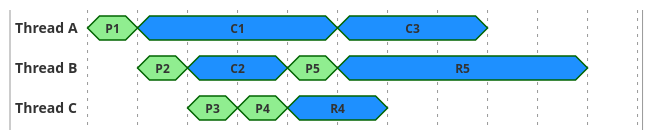
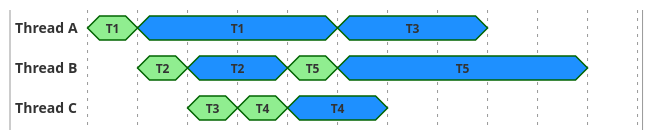
One commit to jetty/jetty.project changed the fourth of 4 diagrams in documentation/jetty/modules/programming-guide/pages/arch/threads.adoc. Above: the diagram before and after it, drawn with PlantUML. The commit also changed other lines of this file, not shown here.

```diff
--- a/documentation/jetty/modules/programming-guide/pages/arch/threads.adoc
+++ b/documentation/jetty/modules/programming-guide/pages/arch/threads.adoc
@@ -192,29 +193,28 @@
 [plantuml]
 ----
 skinparam backgroundColor transparent
 
-compact concise "Thread A" as WT1
-compact concise "Thread B" as WT2
-compact concise "Thread C" as WT3
+compact concise "Thread A" as WTA
+compact concise "Thread B" as WTB
+compact concise "Thread C" as WTC
 hide time-axis
 
-@WT1
-0 is P1 #lightgreen
-1 is C1 #dodgerblue
-5 is C3 #dodgerblue
+@WTA
+0 is T1 #lightgreen
+1 is T1 #dodgerblue
+5 is T3 #dodgerblue
 8 is {hidden}
 
-@WT2
-1 is P2 #lightgreen
-2 is C2 #dodgerblue
-4 is P5 #lightgreen
-5 is R5 #dodgerblue
+@WTB
+1 is T2 #lightgreen
+2 is T2 #dodgerblue
+4 is T5 #lightgreen
+5 is T5 #dodgerblue
 10 is {hidden}
 
-@WT3
-2 is P3 #lightgreen
-3 is P4 #lightgreen
-4 is R4 #dodgerblue
+@WTC
+2 is T3 #lightgreen
+3 is T4 #lightgreen
+4 is T4 #dodgerblue
 6 is {hidden}
-
 ----
```
